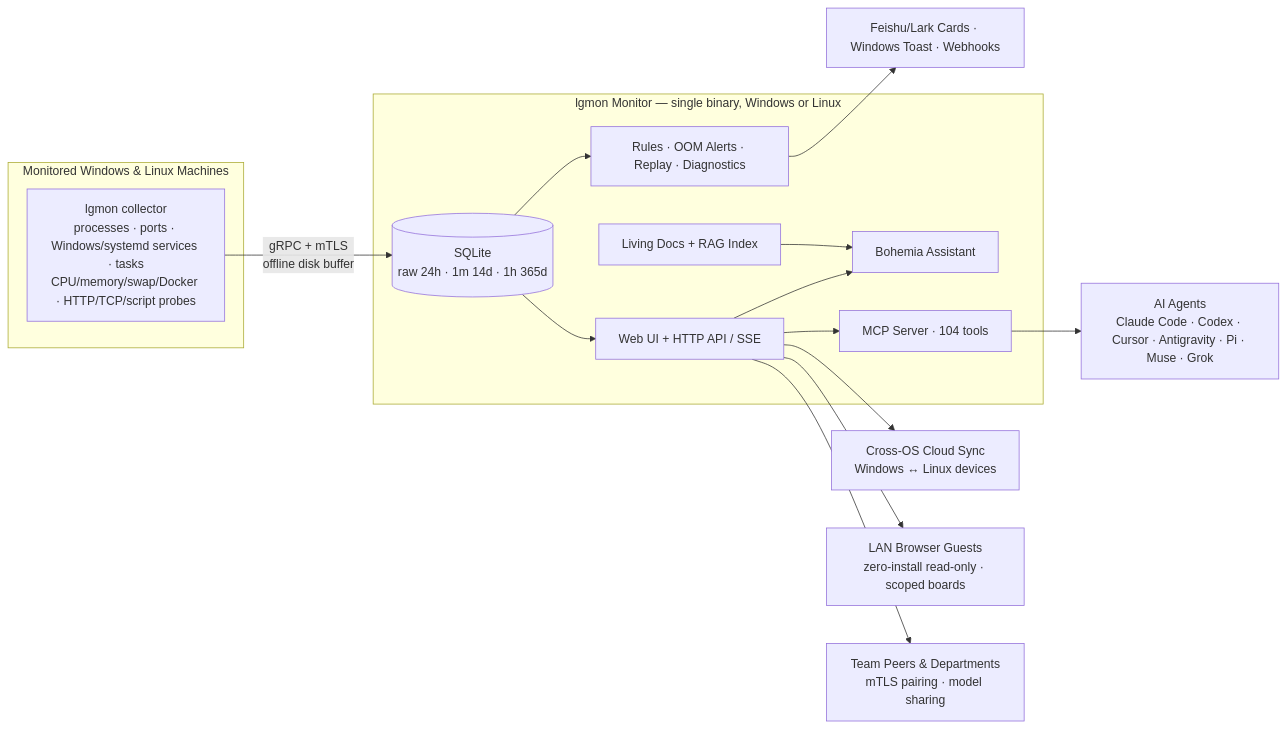
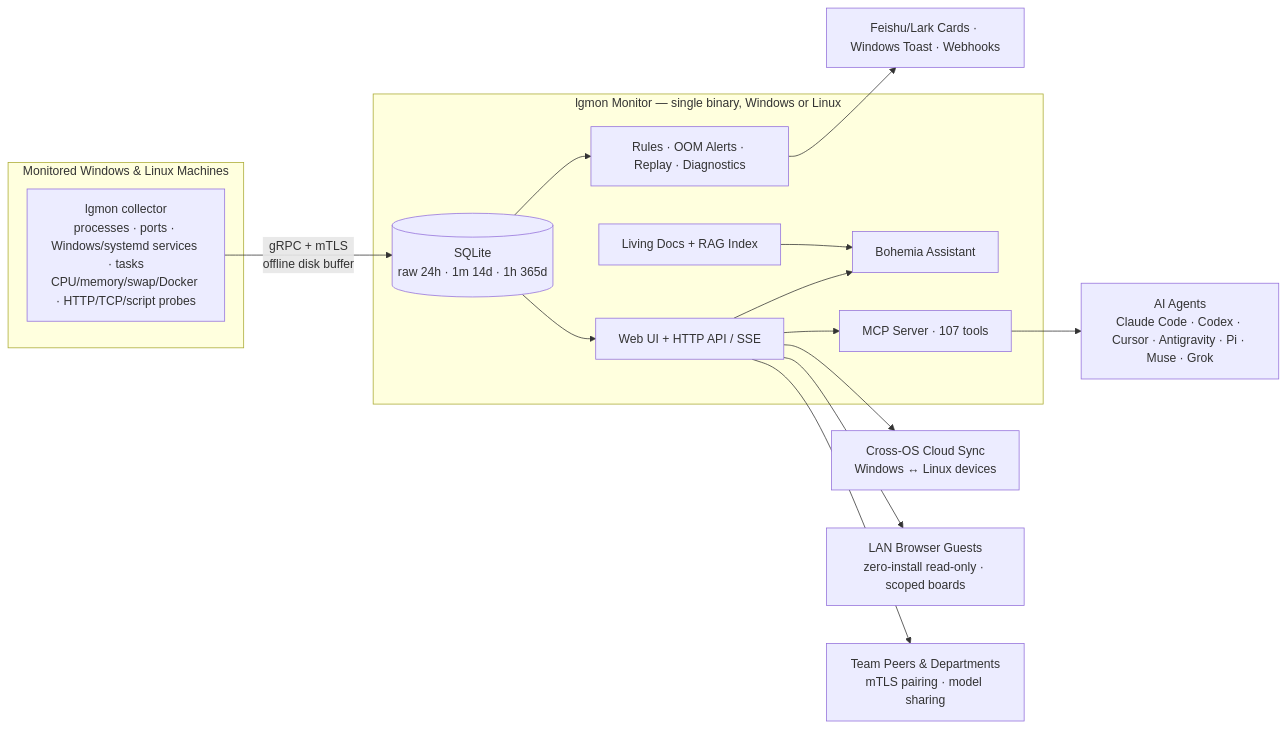
One commit to LFenX/lg-monitor changed the diagram in README.md. Above: the diagram before and after it, drawn with Mermaid. The commit also changed other lines of this file and 41 other files, not shown here.

````diff
--- a/README.md
+++ b/README.md
@@ -196,23 +196,23 @@
 ```mermaid
 flowchart LR
   subgraph PC[Monitored Windows & Linux Machines]
     C[lgmon collector<br/>processes · ports · Windows/systemd services · tasks<br/>CPU/memory/swap/Docker · HTTP/TCP/script probes]
   end
   subgraph M[lgmon Monitor — single binary, Windows or Linux]
     S[(SQLite<br/>raw 24h · 1m 14d · 1h 365d)]
     R[Rules · OOM Alerts · Replay · Diagnostics]
     D[Living Docs + RAG Index]
     W[Web UI + HTTP API / SSE]
-    P[MCP Server · 104 tools]
+    P[MCP Server · 107 tools]
     B[Bohemia Assistant]
   end
   C -- gRPC + mTLS<br/>offline disk buffer --> S
   S --> R --> N[Feishu/Lark Cards · Windows Toast · Webhooks]
   S --> W
   D --> B
   W --> B
   W --> P --> A[AI Agents<br/>Claude Code · Codex · Cursor · Antigravity · Pi · Muse · Grok]
   W --> X[Cross-OS Cloud Sync<br/>Windows ↔ Linux devices]
   W --> G[LAN Browser Guests<br/>zero-install read-only · scoped boards]
   W --> L[Team Peers & Departments<br/>mTLS pairing · model sharing]
 ```
````
